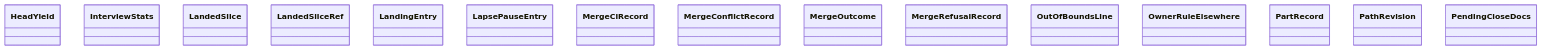
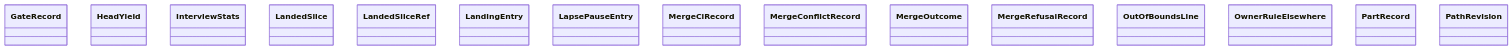
One commit to GonzaloZevallos/agentic-system changed the diagram in docs/architecture/generated/classes-process-domain-state-5.md. Above: the diagram before and after it, drawn with Mermaid. The commit also changed 10 other files, not shown here.

````diff
--- a/docs/architecture/generated/classes-process-domain-state-5.md
+++ b/docs/architecture/generated/classes-process-domain-state-5.md
@@ -26,18 +26,18 @@
 ```mermaid
 classDiagram
+    class task__GateRecord["GateRecord"]
     class task__HeadYield["HeadYield"]
     class task__InterviewStats["InterviewStats"]
     class task__LandedSlice["LandedSlice"]
     class task__LandedSliceRef["LandedSliceRef"]
     class task__LandingEntry["LandingEntry"]
     class task__LapsePauseEntry["LapsePauseEntry"]
     class task__MergeCiRecord["MergeCiRecord"]
     class task__MergeConflictRecord["MergeConflictRecord"]
     class task__MergeOutcome["MergeOutcome"]
     class task__MergeRefusalRecord["MergeRefusalRecord"]
     class task__OutOfBoundsLine["OutOfBoundsLine"]
     class task__OwnerRuleElsewhere["OwnerRuleElsewhere"]
     class task__PartRecord["PartRecord"]
     class task__PathRevision["PathRevision"]
-    class task__PendingCloseDocs["PendingCloseDocs"]
 ```
````
